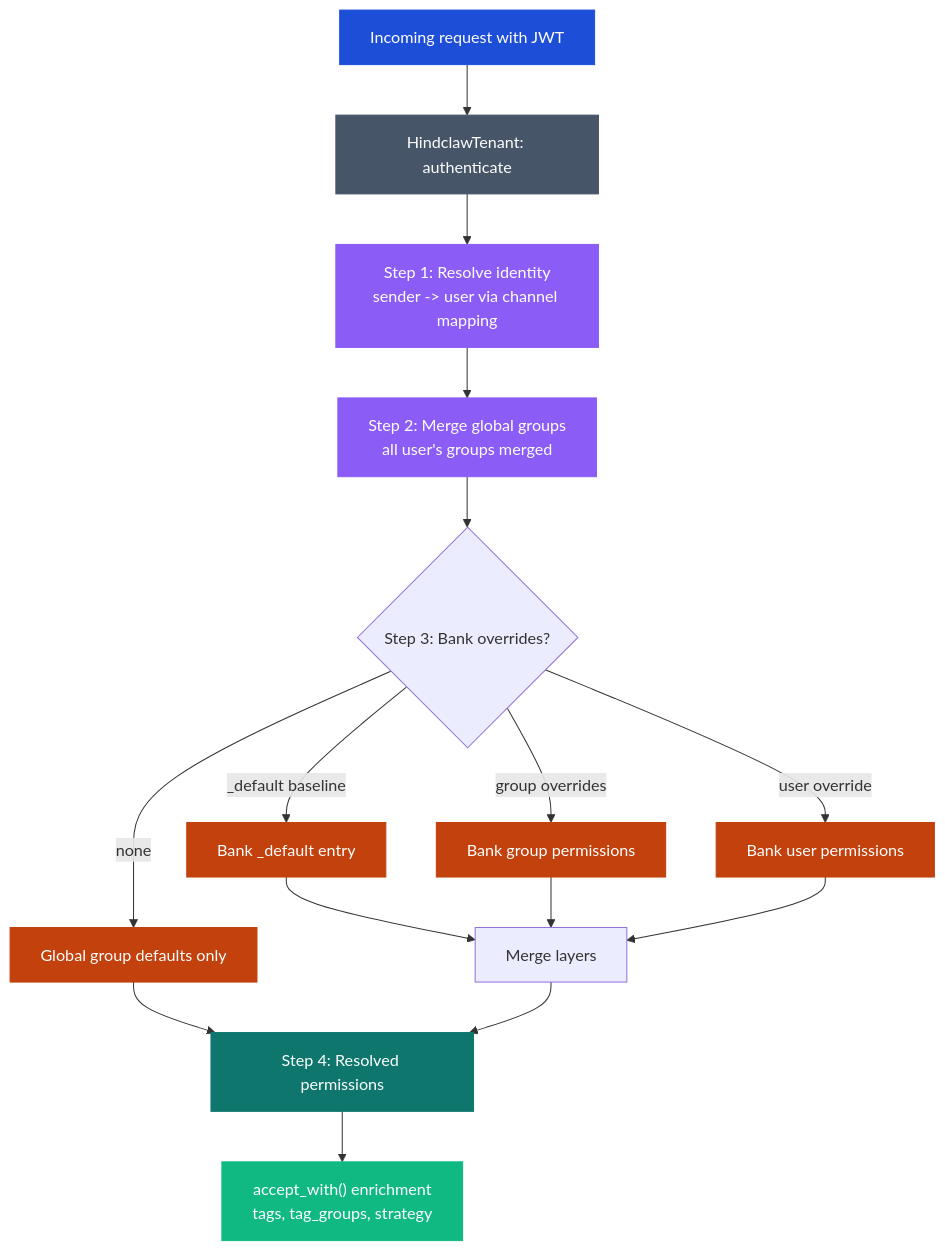
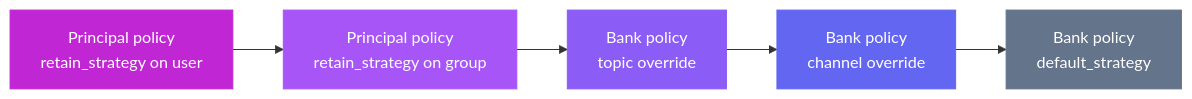
Before and after one commit to mrkhachaturov/hindclaw: the third of 3 diagrams in hindclaw-docs/docs/guides/access-control.md, drawn with Mermaid. The commit also changed other lines of this file and 140 other files, not shown here.

````diff
--- a/hindclaw-docs/docs/guides/access-control.md
+++ b/hindclaw-docs/docs/guides/access-control.md
@@ -362,28 +538,13 @@
 ```mermaid
-graph TD
-    MSG["Incoming request with JWT"] --> AUTH["HindclawTenant: authenticate"]
-    AUTH --> ID["Step 1: Resolve identity<br/>sender -> user via channel mapping"]
-    ID --> GROUPS["Step 2: Merge global groups<br/>all user's groups merged"]
-    GROUPS --> BANK{"Step 3: Bank overrides?"}
-    BANK -->|_default baseline| BD["Bank _default entry"]
-    BANK -->|group overrides| BG["Bank group permissions"]
-    BANK -->|user override| BU["Bank user permissions"]
-    BD --> MERGE["Merge layers"]
-    BG --> MERGE
-    BU --> MERGE
-    BANK -->|none| GLOBAL["Global group defaults only"]
-    GLOBAL --> RESOLVED["Step 4: Resolved permissions"]
-    MERGE --> RESOLVED
-    RESOLVED --> ENRICH["accept_with() enrichment<br/>tags, tag_groups, strategy"]
+graph LR
+    A["Principal policy<br/>retain_strategy on user"] --> B["Principal policy<br/>retain_strategy on group"]
+    B --> C["Bank policy<br/>topic override"]
+    C --> D["Bank policy<br/>channel override"]
+    D --> E["Bank policy<br/>default_strategy"]
 
-    style MSG fill:#1d4ed8,color:#fff,stroke:#1d4ed8
-    style AUTH fill:#475569,color:#fff,stroke:#475569
-    style ID fill:#8b5cf6,color:#fff,stroke:#8b5cf6
-    style GROUPS fill:#8b5cf6,color:#fff,stroke:#8b5cf6
-    style BD fill:#c2410c,color:#fff,stroke:#c2410c
-    style BG fill:#c2410c,color:#fff,stroke:#c2410c
-    style BU fill:#c2410c,color:#fff,stroke:#c2410c
-    style GLOBAL fill:#c2410c,color:#fff,stroke:#c2410c
-    style RESOLVED fill:#0f766e,color:#fff,stroke:#0f766e
-    style ENRICH fill:#10b981,color:#fff,stroke:#10b981
+    style A fill:#c026d3,color:#fff,stroke:#c026d3
+    style B fill:#a855f7,color:#fff,stroke:#a855f7
+    style C fill:#8b5cf6,color:#fff,stroke:#8b5cf6
+    style D fill:#6366f1,color:#fff,stroke:#6366f1
+    style E fill:#64748b,color:#fff,stroke:#64748b
 ```
````
